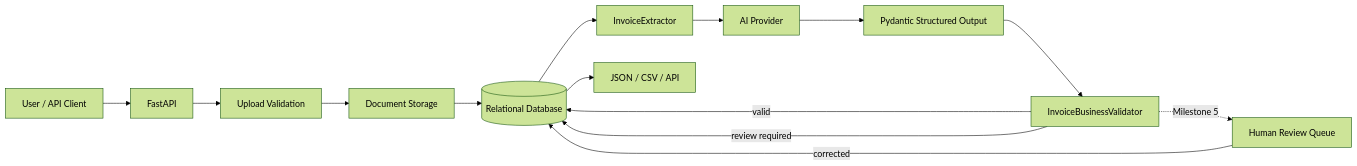
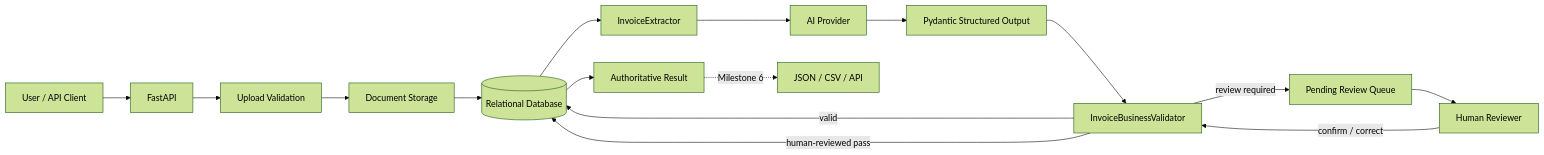
One commit to mawellsy/ai-document-review changed the diagram in ARCHITECTURE.md. Above: the diagram before and after it, drawn with Mermaid (forest theme). The commit also changed other lines of this file and 10 other files, not shown here.

Commit message:
feat: add human review workflow

````diff
--- a/ARCHITECTURE.md
+++ b/ARCHITECTURE.md
@@ -5,23 +5,27 @@
 ```mermaid
 flowchart LR
     U[User / API Client]
     API[FastAPI]
     V[Upload Validation]
     S[Document Storage]
     DB[(Relational Database)]
     E[InvoiceExtractor]
     O[AI Provider]
     P[Pydantic Structured Output]
     B[InvoiceBusinessValidator]
-    R[Human Review Queue]
+    R[Pending Review Queue]
+    H[Human Reviewer]
+    A[Authoritative Result]
     X[JSON / CSV / API]
 
     U --> API --> V --> S
     S --> DB
     DB --> E --> O --> P --> B
     B -->|valid| DB
-    B -->|review required| DB
-    B -. Milestone 5 .-> R
-    R -->|corrected| DB
-    DB --> X
+    B -->|review required| R
+    R --> H
+    H -->|confirm / correct| B
+    B -->|human-reviewed pass| DB
+    DB --> A
+    A -. Milestone 6 .-> X
 ```
````
